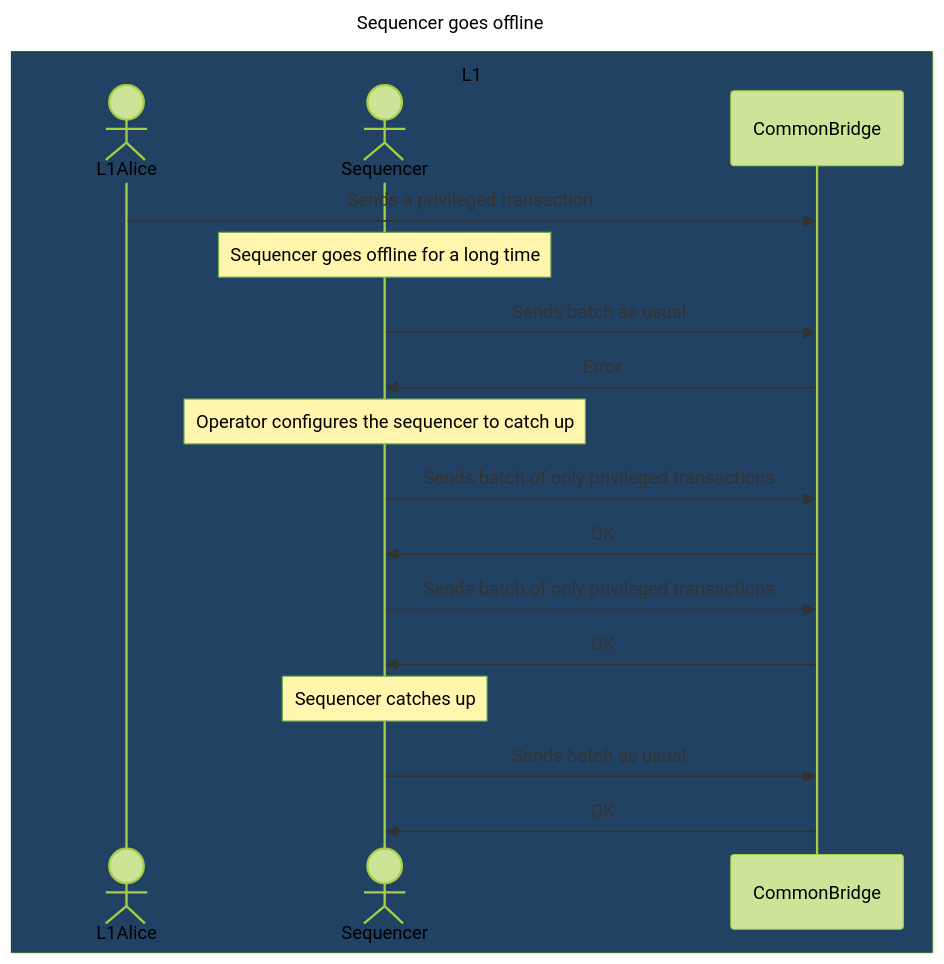
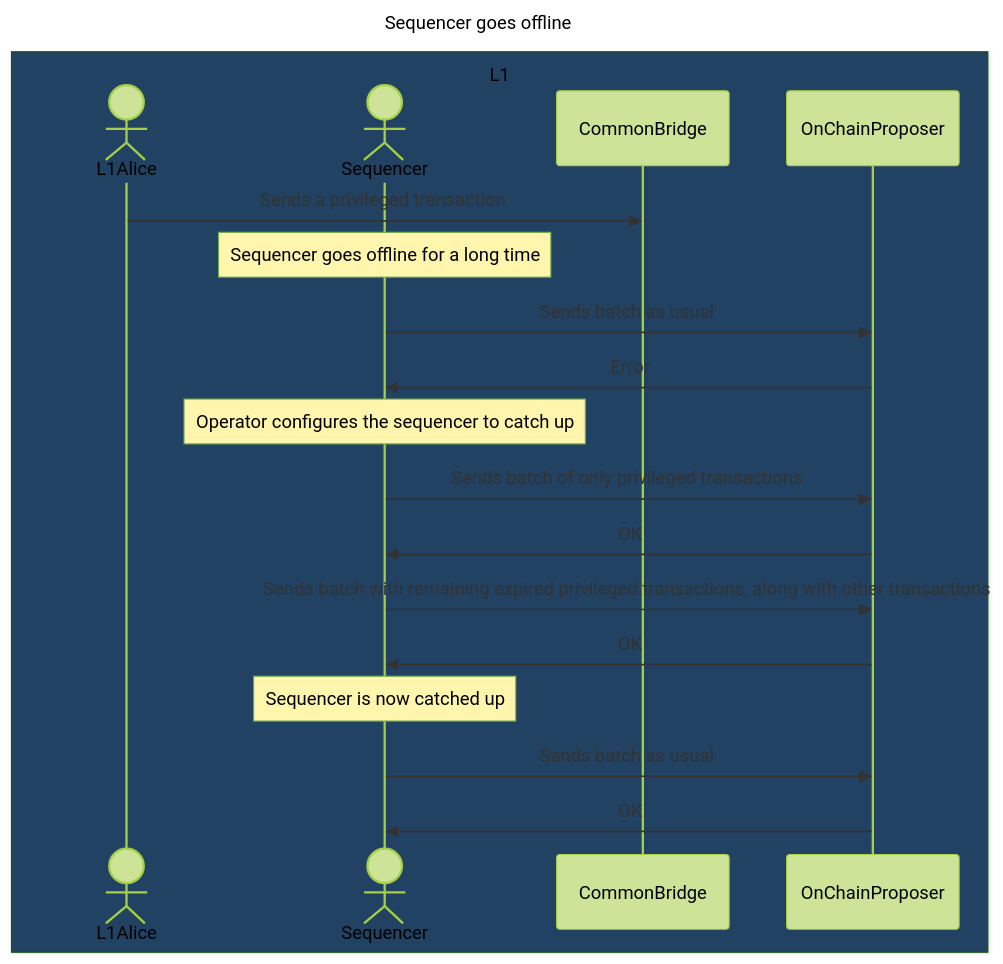
One commit to lambdaclass/ethrex changed the fourth of 4 diagrams in docs/l2/deposits.md. Above: the diagram before and after it, drawn with Mermaid (forest theme).

````diff
--- a/docs/l2/deposits.md
+++ b/docs/l2/deposits.md
@@ -260,25 +260,26 @@
 ```mermaid
 ---
 title: Sequencer goes offline
 ---
 sequenceDiagram
     box rgb(33,66,99) L1
         actor L1Alice
         actor Sequencer
         participant CommonBridge
+        participant OnChainProposer
     end
 
     L1Alice ->> CommonBridge: Sends a privileged transaction
 
     Note over Sequencer: Sequencer goes offline for a long time
-    Sequencer ->> CommonBridge: Sends batch as usual
-    CommonBridge ->> Sequencer: Error
+    Sequencer ->> OnChainProposer: Sends batch as usual
+    OnChainProposer ->> Sequencer: Error
     Note over Sequencer: Operator configures the sequencer to catch up
-    Sequencer ->> CommonBridge: Sends batch of only privileged transactions
-    CommonBridge ->> Sequencer: OK
-    Sequencer ->> CommonBridge: Sends batch of only privileged transactions
-    CommonBridge ->> Sequencer: OK
-    Note over Sequencer: Sequencer catches up
-    Sequencer ->> CommonBridge: Sends batch as usual
-    CommonBridge ->> Sequencer: OK
+    Sequencer ->> OnChainProposer: Sends batch of only privileged transactions
+    OnChainProposer ->> Sequencer: OK
+    Sequencer ->> OnChainProposer: Sends batch with remaining expired privileged transactions, along with other transactions
+    OnChainProposer ->> Sequencer: OK
+    Note over Sequencer: Sequencer is now catched up
+    Sequencer ->> OnChainProposer: Sends batch as usual
+    OnChainProposer ->> Sequencer: OK
 ```
````
